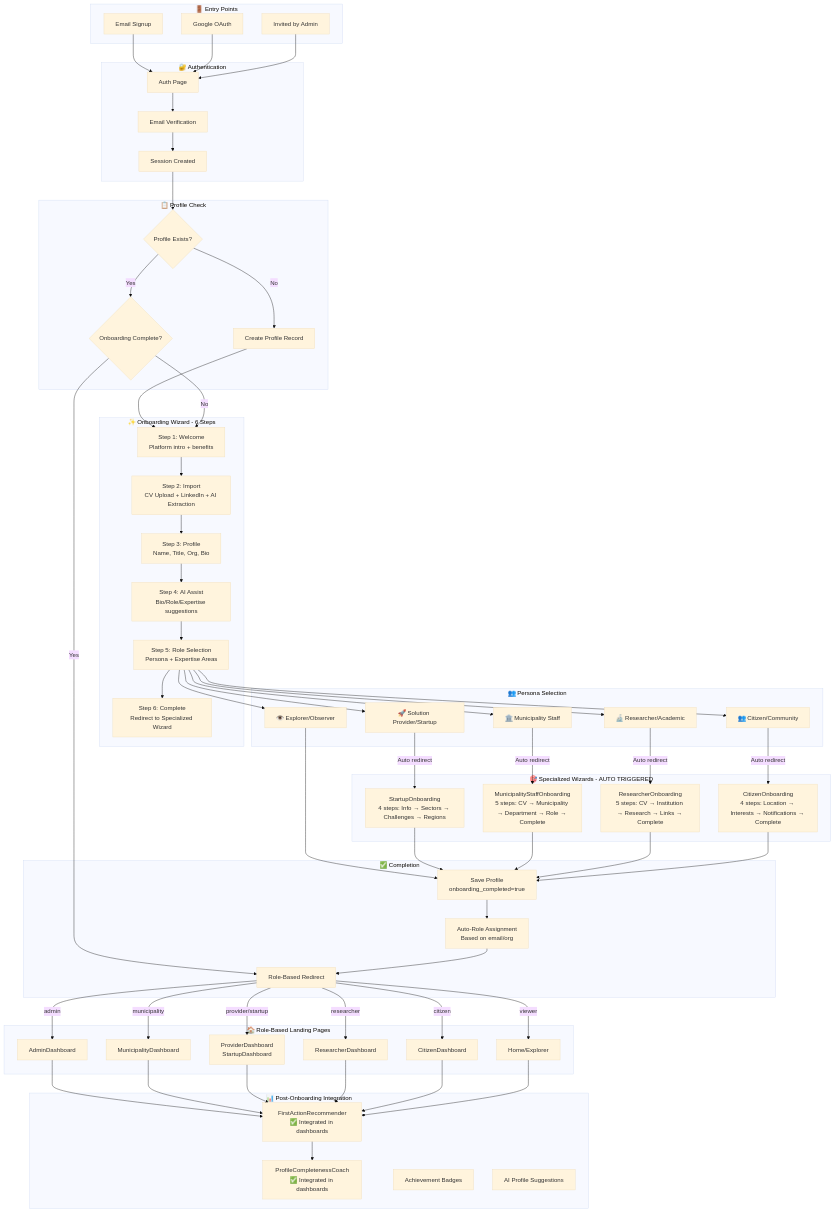
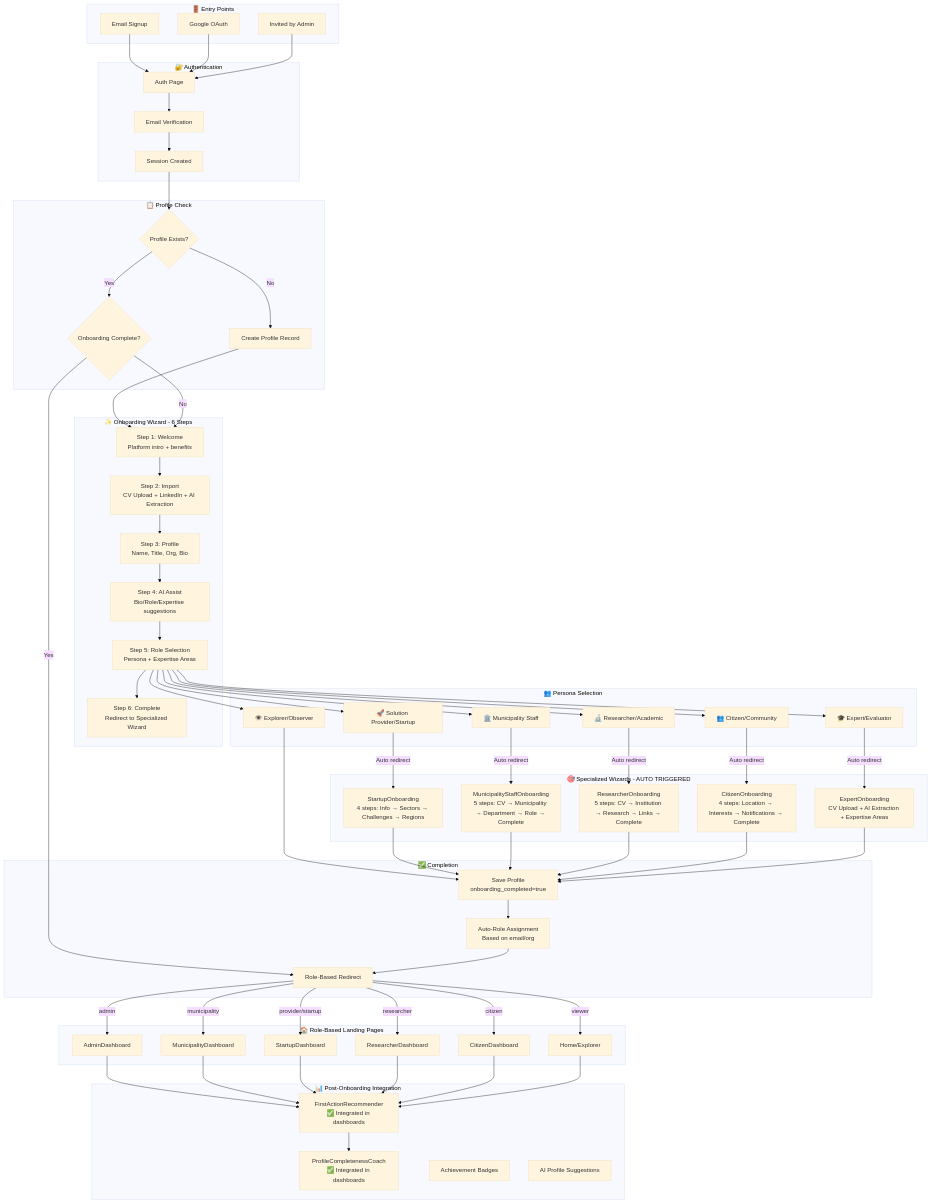
Before and after one commit to Qahtani1979/innovate-saudi: the diagram in docs/ONBOARDING_FLOW_TRACKING.md, drawn with Mermaid (base theme). The commit also changed other lines of this file and 2 other files, not shown here.

```diff
--- a/docs/ONBOARDING_FLOW_TRACKING.md
+++ b/docs/ONBOARDING_FLOW_TRACKING.md
@@ -36,7 +36,8 @@
         P2[🚀 Solution Provider/Startup]
         P3[🔬 Researcher/Academic]
         P4[👥 Citizen/Community]
-        P5[👁️ Explorer/Observer]
+        P5[🎓 Expert/Evaluator]
+        P6[👁️ Explorer/Observer]
     end
 
     subgraph SPECIALIZED_ONBOARDING["🎯 Specialized Wizards - AUTO TRIGGERED"]
@@ -44,6 +45,7 @@
         SW2[MunicipalityStaffOnboarding<br/>5 steps: CV → Municipality → Department → Role → Complete]
         SW3[ResearcherOnboarding<br/>5 steps: CV → Institution → Research → Links → Complete]
         SW4[CitizenOnboarding<br/>4 steps: Location → Interests → Notifications → Complete]
+        SW5[ExpertOnboarding<br/>CV Upload + AI Extraction + Expertise Areas]
     end
 
     subgraph COMPLETION["✅ Completion"]
@@ -55,7 +57,7 @@
     subgraph LANDING_PAGES["🏠 Role-Based Landing Pages"]
         LP1[AdminDashboard]
         LP2[MunicipalityDashboard]
-        LP3[ProviderDashboard<br/>StartupDashboard]
+        LP3[StartupDashboard]
         LP4[ResearcherDashboard]
         LP5[CitizenDashboard]
         LP6[Home/Explorer]
@@ -87,18 +89,20 @@
     OW4 --> OW5
     OW5 --> OW6
 
-    OW5 --> P1 & P2 & P3 & P4 & P5
+    OW5 --> P1 & P2 & P3 & P4 & P5 & P6
 
     P1 -->|Auto redirect| SW2
     P2 -->|Auto redirect| SW1
     P3 -->|Auto redirect| SW3
     P4 -->|Auto redirect| SW4
-    P5 --> C1
+    P5 -->|Auto redirect| SW5
+    P6 --> C1
 
     SW1 --> C1
     SW2 --> C1
     SW3 --> C1
     SW4 --> C1
+    SW5 --> C1
 
     C1 --> C2
     C2 --> C3
```
